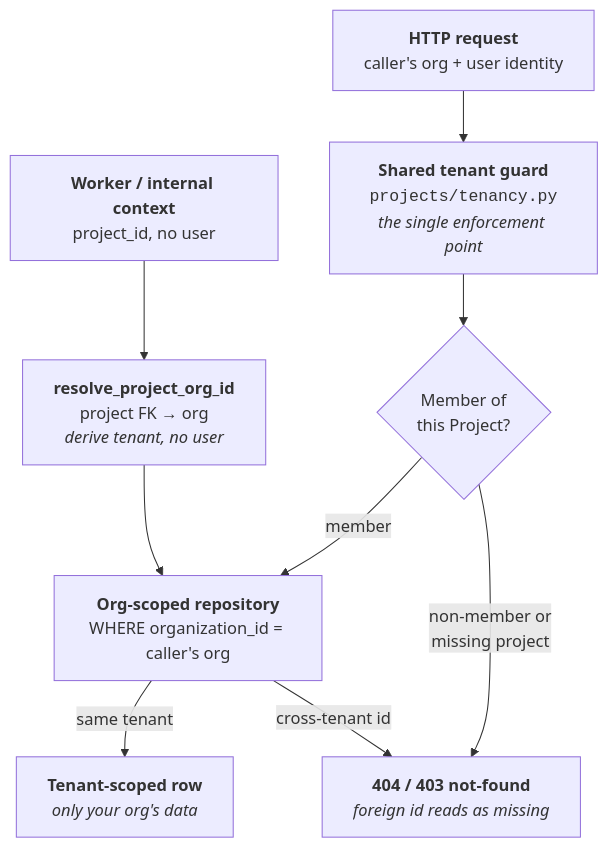
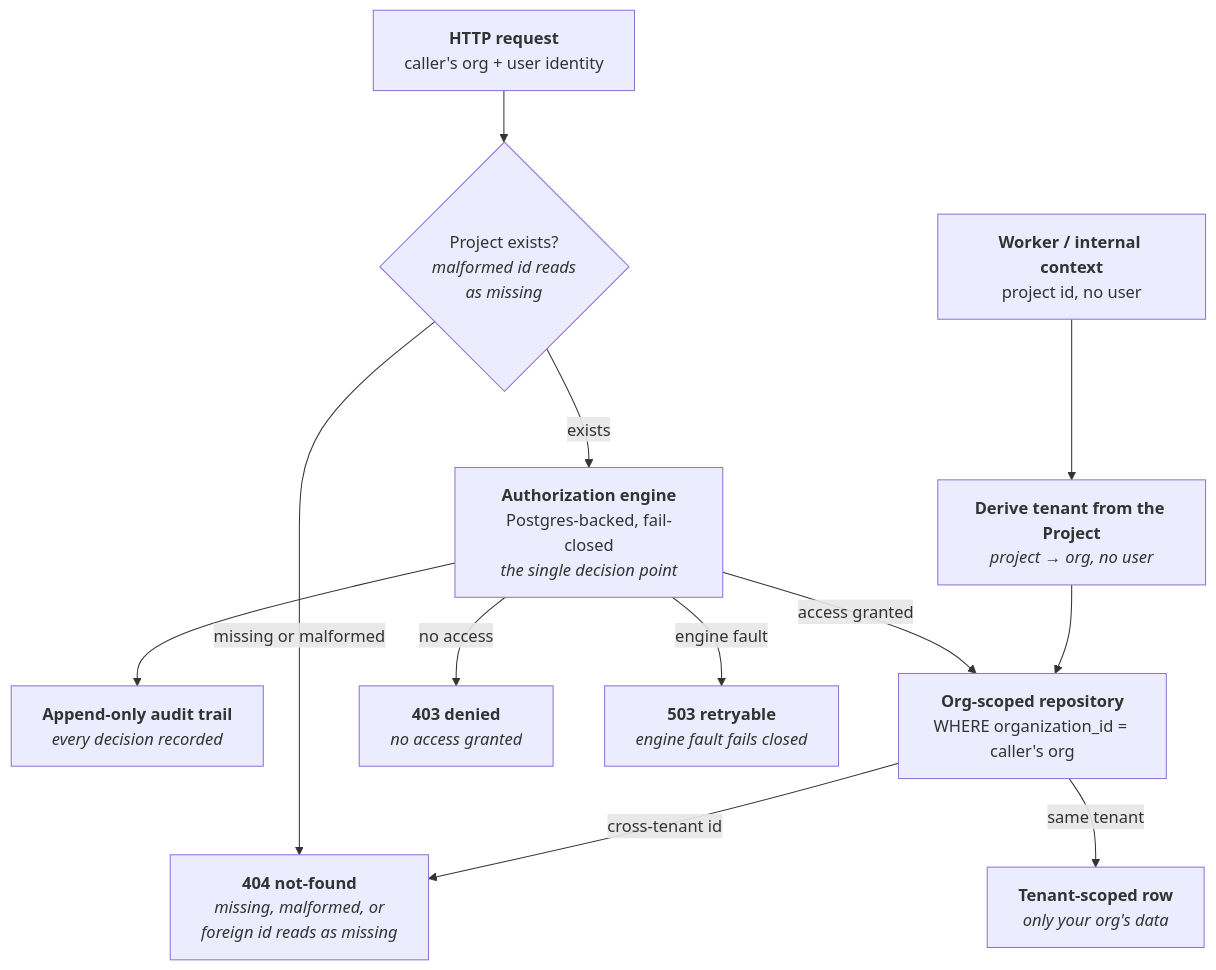
One commit to Provar-TrustAI/docs changed the diagram in concepts/multi-tenancy.mdx. Above: the diagram before and after it, drawn with Mermaid. The commit also changed other lines of this file, not shown here.

Commit message:
docs(concepts/multi-tenancy): align with v2026.06.30.1 — replace the retired tenant guard with the authorization engine + audit trail story

````diff
--- a/concepts/multi-tenancy.mdx
+++ b/concepts/multi-tenancy.mdx
@@ -30,24 +33,30 @@
 ```mermaid
 flowchart TB
     REQ["<b>HTTP request</b><br/>caller's org + user identity"]
-    WRK["<b>Worker / internal context</b><br/>project_id, no user"]
+    WRK["<b>Worker / internal context</b><br/>project id, no user"]
 
-    GUARD["<b>Shared tenant guard</b><br/><code>projects/tenancy.py</code><br/><i>the single enforcement point</i>"]
-    MEMBER{"Member of<br/>this Project?"}
-    RESOLVE["<b>resolve_project_org_id</b><br/>project FK → org<br/><i>derive tenant, no user</i>"]
+    EXISTS{"Project exists?<br/><i>malformed id reads<br/>as missing</i>"}
+    ENGINE["<b>Authorization engine</b><br/>Postgres-backed, fail-closed<br/><i>the single decision point</i>"]
+    AUDIT["<b>Append-only audit trail</b><br/><i>every decision recorded</i>"]
+    RESOLVE["<b>Derive tenant from the Project</b><br/><i>project → org, no user</i>"]
 
     REPO["<b>Org-scoped repository</b><br/>WHERE organization_id = caller's org"]
     ROW["<b>Tenant-scoped row</b><br/><i>only your org's data</i>"]
-    DENY["<b>404 / 403 not-found</b><br/><i>foreign id reads as missing</i>"]
+    DENY404["<b>404 not-found</b><br/><i>missing, malformed, or<br/>foreign id reads as missing</i>"]
+    DENY403["<b>403 denied</b><br/><i>no access granted</i>"]
+    FAULT["<b>503 retryable</b><br/><i>engine fault fails closed</i>"]
 
-    REQ --> GUARD
-    GUARD --> MEMBER
-    MEMBER -->|"member"| REPO
-    MEMBER -->|"non-member or<br/>missing project"| DENY
+    REQ --> EXISTS
+    EXISTS -->|"missing or malformed"| DENY404
+    EXISTS -->|"exists"| ENGINE
+    ENGINE --> AUDIT
+    ENGINE -->|"access granted"| REPO
+    ENGINE -->|"no access"| DENY403
+    ENGINE -->|"engine fault"| FAULT
 
     WRK --> RESOLVE
     RESOLVE --> REPO
 
     REPO -->|"same tenant"| ROW
-    REPO -->|"cross-tenant id"| DENY
+    REPO -->|"cross-tenant id"| DENY404
 ```
````
